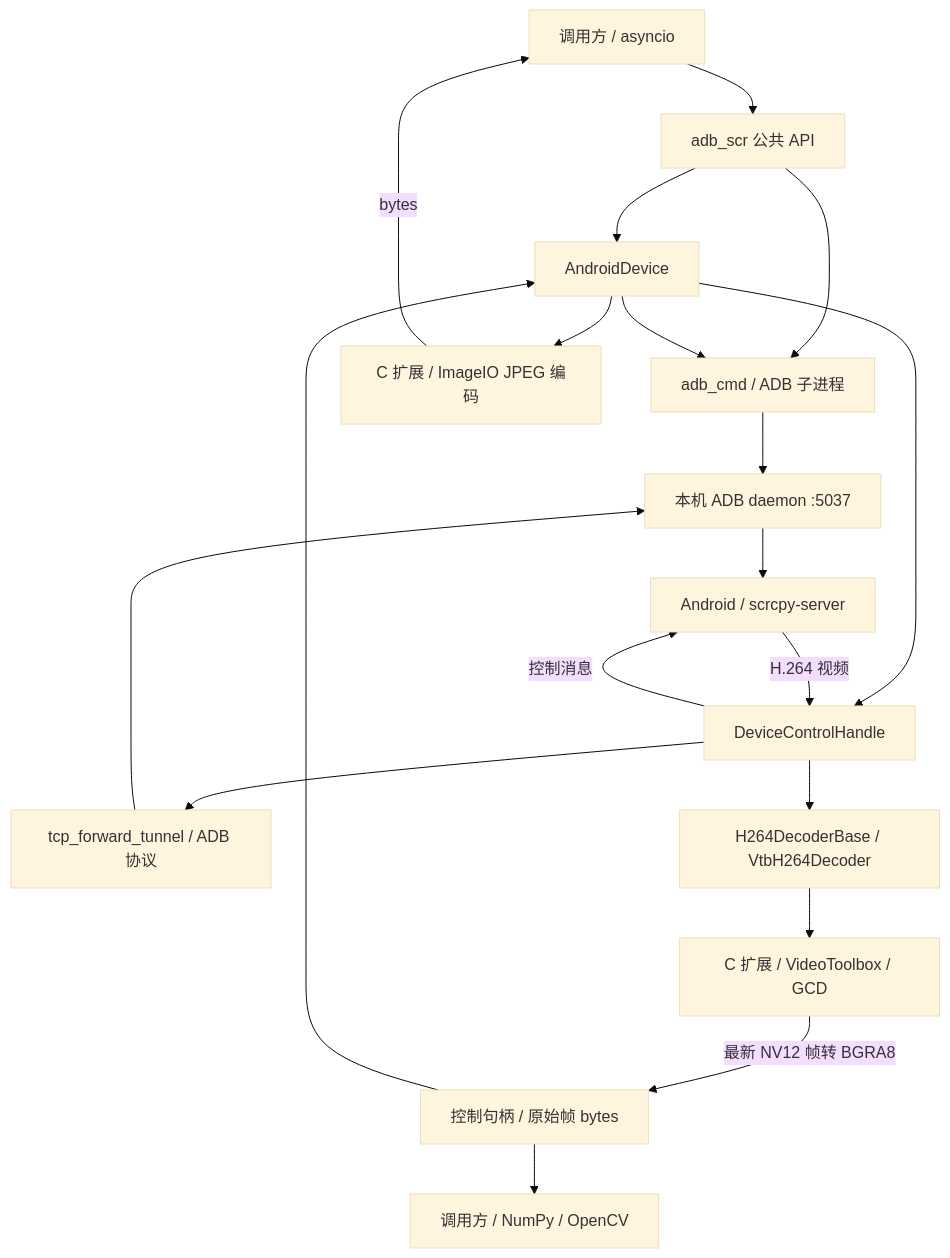
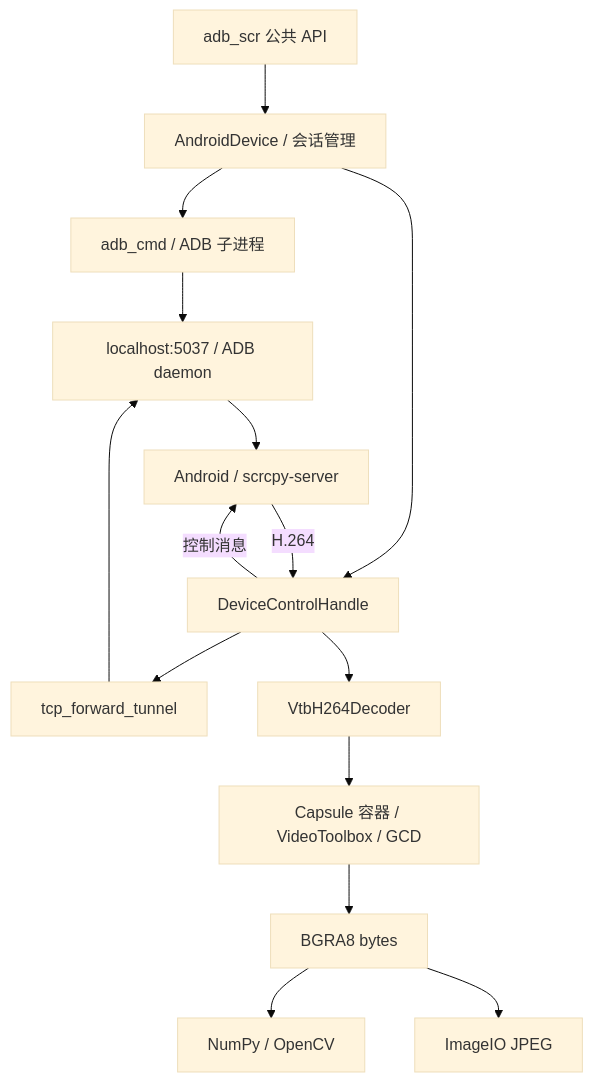
One commit to czf0613/adb_scr_py changed the diagram in docs/architecture.md. Above: the diagram before and after it, drawn with Mermaid (base theme). The commit also changed other lines of this file and 24 other files, not shown here.

````diff
--- a/docs/architecture.md
+++ b/docs/architecture.md
@@ -21,21 +13,17 @@
 ```mermaid
 flowchart TD
-    Caller[调用方 / asyncio] --> API[adb_scr 公共 API]
-    API --> Device[AndroidDevice]
-    API --> Cmd[adb_cmd / ADB 子进程]
-    Device --> Cmd
+    API[adb_scr 公共 API] --> Device[AndroidDevice / 会话管理]
+    Device --> Cmd[adb_cmd / ADB 子进程]
     Device --> Handle[DeviceControlHandle]
-    Handle --> Tunnel[tcp_forward_tunnel / ADB 协议]
-    Tunnel --> Daemon[本机 ADB daemon :5037]
-    Cmd --> Daemon
-    Daemon --> Server[Android / scrcpy-server]
-    Server -->|H.264 视频| Handle
-    Handle -->|控制消息| Server
-    Handle --> Decoder[H264DecoderBase / VtbH264Decoder]
-    Decoder --> Native[C 扩展 / VideoToolbox / GCD]
-    Native -->|最新 NV12 帧转 BGRA8| Frame[控制句柄 / 原始帧 bytes]
-    Frame --> CV[调用方 / NumPy / OpenCV]
-    Frame --> Device
-    Device --> JPEG[C 扩展 / ImageIO JPEG 编码]
-    JPEG -->|bytes| Caller
+    Handle --> Tunnel[tcp_forward_tunnel]
+    Tunnel --> ADB[localhost:5037 / ADB daemon]
+    Cmd --> ADB
+    ADB --> Phone[Android / scrcpy-server]
+    Phone -->|H.264| Handle
+    Handle -->|控制消息| Phone
+    Handle --> Decoder[VtbH264Decoder]
+    Decoder --> Native[Capsule 容器 / VideoToolbox / GCD]
+    Native --> BGRA[BGRA8 bytes]
+    BGRA --> CV[NumPy / OpenCV]
+    BGRA --> JPEG[ImageIO JPEG]
 ```
````
